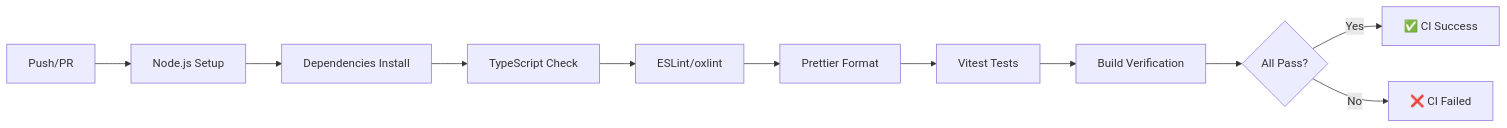
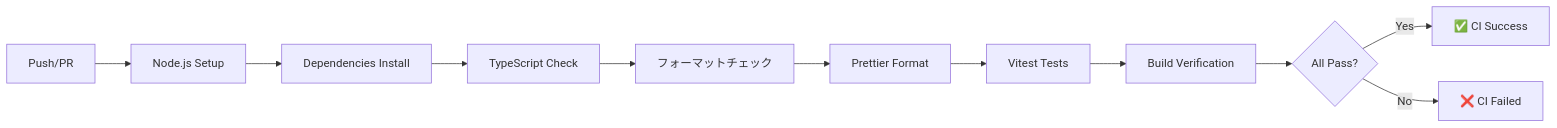
Before and after one commit to takeokunn/ts-minecraft: the first of 2 diagrams in docs/how-to/deployment/ci-cd-deployment.md, drawn with Mermaid. The commit also changed other lines of this file and 14 other files, not shown here.

````diff
--- a/docs/how-to/deployment/ci-cd-deployment.md
+++ b/docs/how-to/deployment/ci-cd-deployment.md
@@ -19,13 +19,13 @@
 ```mermaid
 graph LR
     A[Push/PR] --> B[Node.js Setup]
     B --> C[Dependencies Install]
     C --> D[TypeScript Check]
-    D --> E[ESLint/oxlint]
+    D --> E[フォーマットチェック]
     E --> F[Prettier Format]
     F --> G[Vitest Tests]
     G --> H[Build Verification]
     H --> I{All Pass?}
     I -->|Yes| J[✅ CI Success]
     I -->|No| K[❌ CI Failed]
 ```
````
